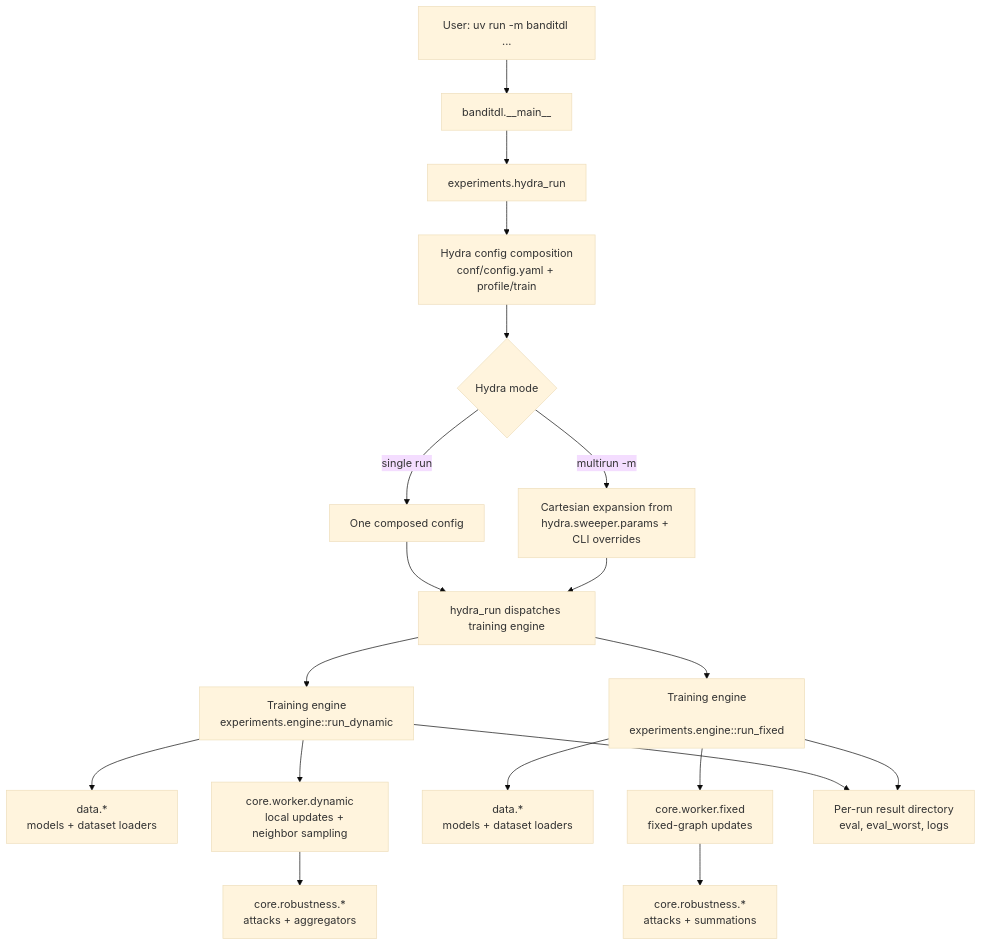
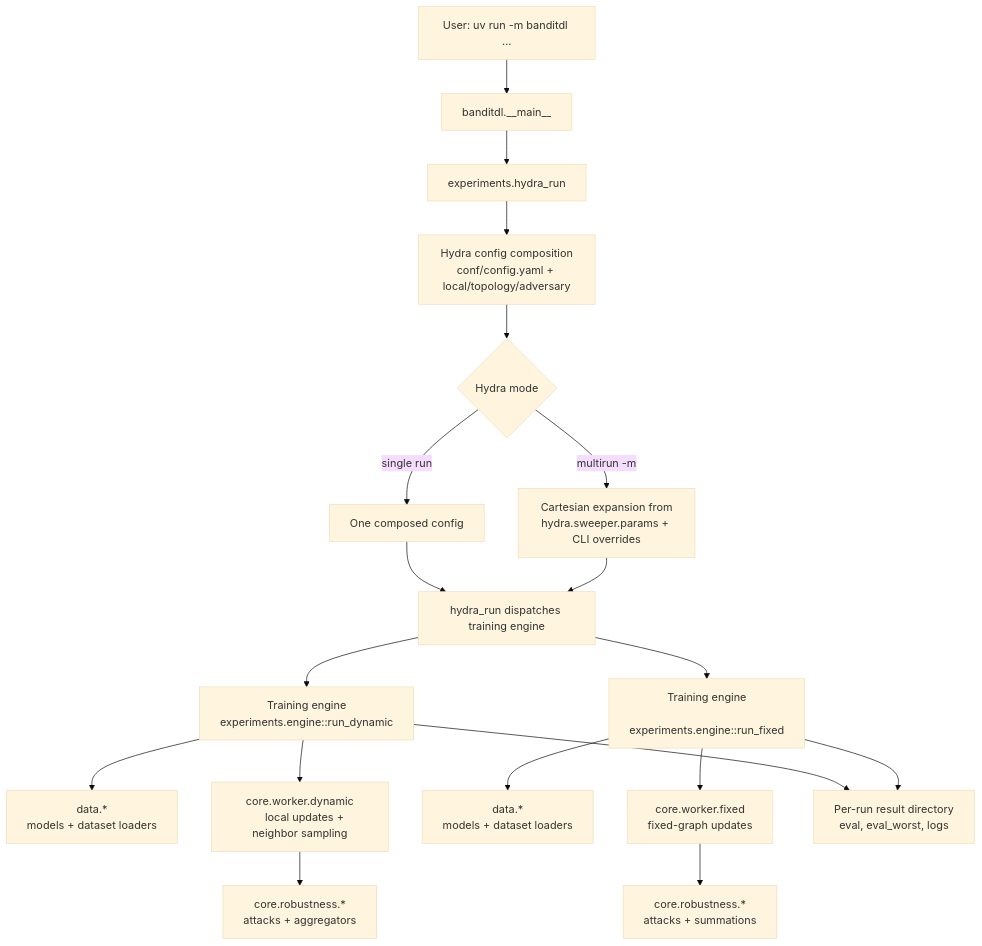
The first of 2 diagrams in README.md (ale18V/BanditFL), drawn with Mermaid (base theme) before and after one commit. The commit also changed other lines of this file and 15 other files, not shown here.

````diff
--- a/README.md
+++ b/README.md
@@ -240,38 +281,38 @@
 ```mermaid
 flowchart TD
     A[User: uv run -m banditdl ...] --> B[banditdl.__main__]
     B --> C[experiments.hydra_run]
     C --> D[Hydra config composition
-conf/config.yaml + profile/train]
+conf/config.yaml + local/topology/adversary]
 
     D --> E{Hydra mode}
     E -->|single run| F[One composed config]
     E -->|multirun -m| G[Cartesian expansion from
 hydra.sweeper.params + CLI overrides]
 
     F --> H[hydra_run dispatches training engine]
     G --> H
 
     H --> I1[Training engine
 experiments.engine::run_dynamic]
     H --> I2[Training engine
     experiments.engine::run_fixed]
 
     I1 --> J1[data.*
     models + dataset loaders]
     I1 --> K1[core.worker.dynamic
     local updates + neighbor sampling]
     K1 --> L1[core.robustness.*
     attacks + aggregators]
 
     I2 --> J2[data.*
     models + dataset loaders]
     I2 --> K2[core.worker.fixed
     fixed-graph updates]
     K2 --> L2[core.robustness.*
     attacks + summations]
 
     I1 --> M[Per-run result directory
     eval, eval_worst, logs]
     I2 --> M
 ```
````
